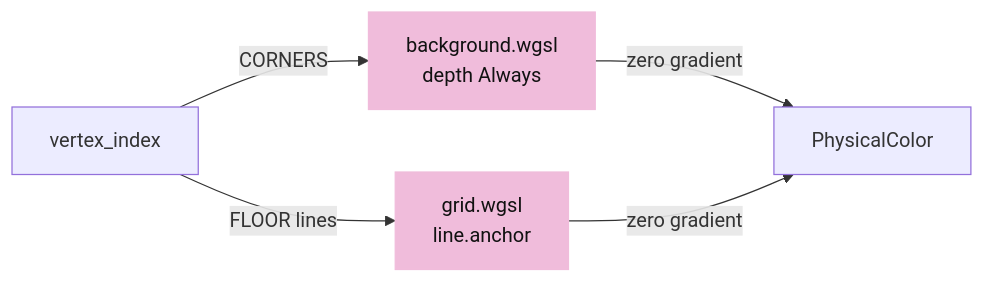
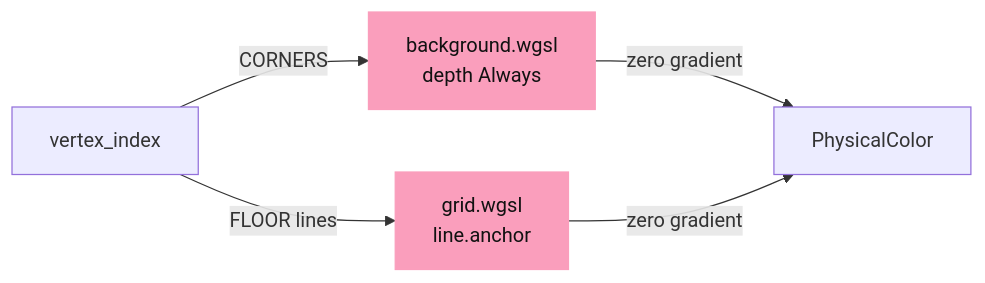
Before and after one commit to petrasvestartas/session: the third of 15 diagrams in session_viewer/docs/05-visibility.md, drawn with Mermaid. The commit also changed other lines of this file and 328 other files, not shown here.

First line of the commit message:
Course: the palette you sent, and mermaid drawn like the drawings

````diff
--- a/session_viewer/docs/05-visibility.md
+++ b/session_viewer/docs/05-visibility.md
@@ -62,8 +62,8 @@
 ```mermaid
 flowchart LR
     V["vertex_index"] -- "CORNERS" --> B["background.wgsl<br/>depth Always"]
     V -- "FLOOR lines" --> G["grid.wgsl<br/>line.anchor"]
     B & G -- "zero gradient" --> P["PhysicalColor"]
-    style B fill:#f0bcdb,stroke:#f0bcdb,color:#111
-    style G fill:#f0bcdb,stroke:#f0bcdb,color:#111
+    style B fill:#fa9ebc,stroke:#fa9ebc,color:#111
+    style G fill:#fa9ebc,stroke:#fa9ebc,color:#111
 ```
````
